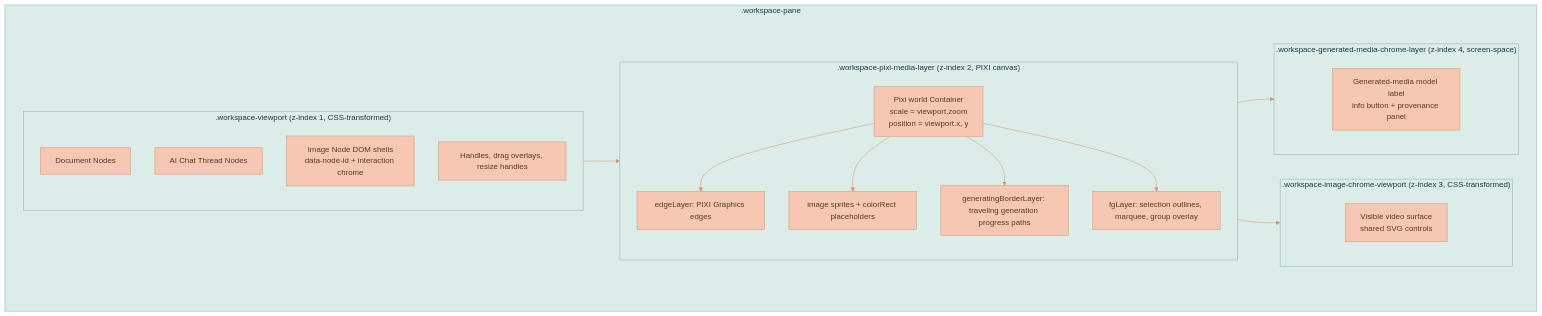
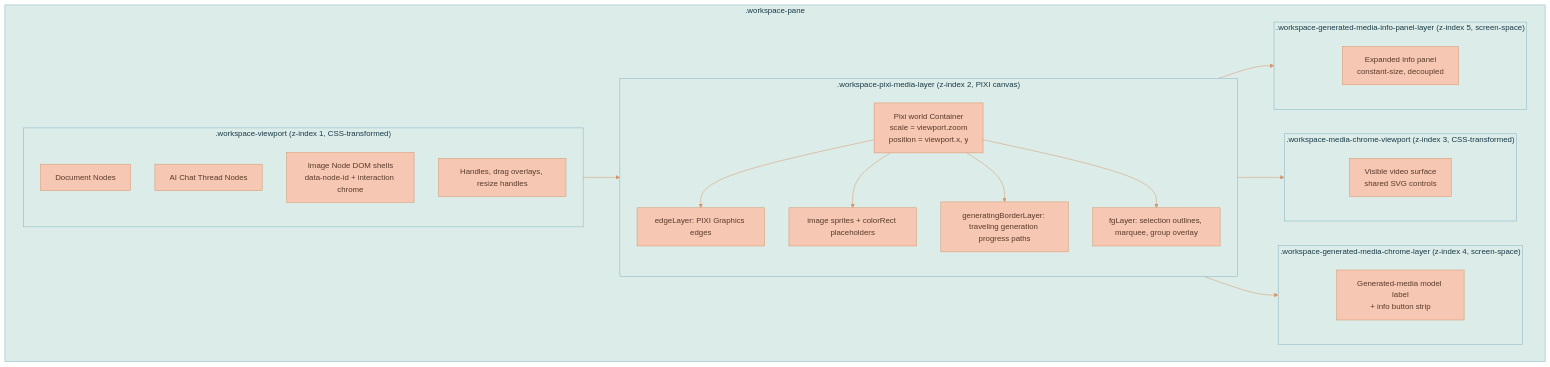
The first of 3 diagrams in documentation/canvas/RENDERING-ENGINE.md (Lixpi/lixpi), drawn with Mermaid before and after one commit. The commit also changed other lines of this file and 14 other files, not shown here.

````diff
--- a/documentation/canvas/RENDERING-ENGINE.md
+++ b/documentation/canvas/RENDERING-ENGINE.md
@@ -103,33 +103,37 @@
 ```mermaid
 %%{init: {'theme': 'base', 'themeVariables': { 'primaryColor': '#F6C7B3', 'primaryTextColor': '#5a3a2a', 'primaryBorderColor': '#d4956a', 'secondaryColor': '#C3DEDD', 'secondaryTextColor': '#1a3a47', 'secondaryBorderColor': '#4a8a9d', 'tertiaryColor': '#DCECE9', 'tertiaryTextColor': '#1a3a47', 'tertiaryBorderColor': '#82B2C0', 'lineColor': '#d4956a', 'textColor': '#5a3a2a'}}}%%
 flowchart TB
     subgraph Pane[".workspace-pane"]
         subgraph Viewport[".workspace-viewport (z-index 1, CSS-transformed)"]
             DOC[Document Nodes]
             THR[AI Chat Thread Nodes]
             IMG_DOM[Image Node DOM shells<br/>data-node-id + interaction chrome]
             HANDLE[Handles, drag overlays, resize handles]
         end
         subgraph PixiCanvas[".workspace-pixi-media-layer (z-index 2, PIXI canvas)"]
             WORLD[Pixi world Container<br/>scale = viewport.zoom<br/>position = viewport.x, y]
             EDGE_PIXI[edgeLayer: PIXI Graphics edges]
             IMG_SPR[image sprites + colorRect placeholders]
             GEN_BORDER[generatingBorderLayer: traveling generation progress paths]
             FG[fgLayer: selection outlines, marquee, group overlay]
         end
-        subgraph ImageChrome[".workspace-image-chrome-viewport (z-index 3, CSS-transformed)"]
+        subgraph MediaChromeViewport[".workspace-media-chrome-viewport (z-index 3, CSS-transformed)"]
             VIDEO_CHROME[Visible video surface<br/>shared SVG controls]
         end
         subgraph GeneratedChrome[".workspace-generated-media-chrome-layer (z-index 4, screen-space)"]
-            IMG_CHROME[Generated-media model label<br/>info button + provenance panel]
+            IMG_CHROME[Generated-media model label<br/>+ info button strip]
+        end
+        subgraph InfoPanelLayer[".workspace-generated-media-info-panel-layer (z-index 5, screen-space)"]
+            INFO_PANEL[Expanded info panel<br/>constant-size, decoupled]
         end
     end
 
     Viewport --> PixiCanvas
     WORLD --> EDGE_PIXI
     WORLD --> IMG_SPR
     WORLD --> GEN_BORDER
     WORLD --> FG
-    PixiCanvas --> ImageChrome
+    PixiCanvas --> MediaChromeViewport
     PixiCanvas --> GeneratedChrome
+    PixiCanvas --> InfoPanelLayer
 ```
````
